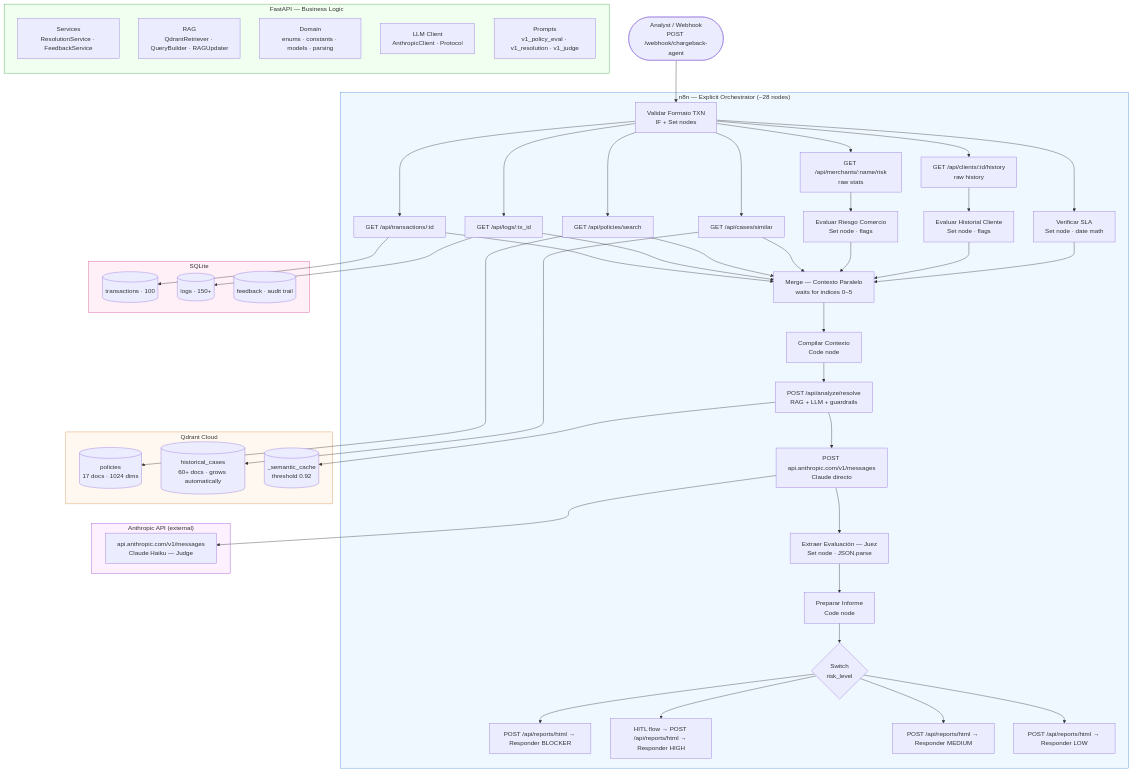
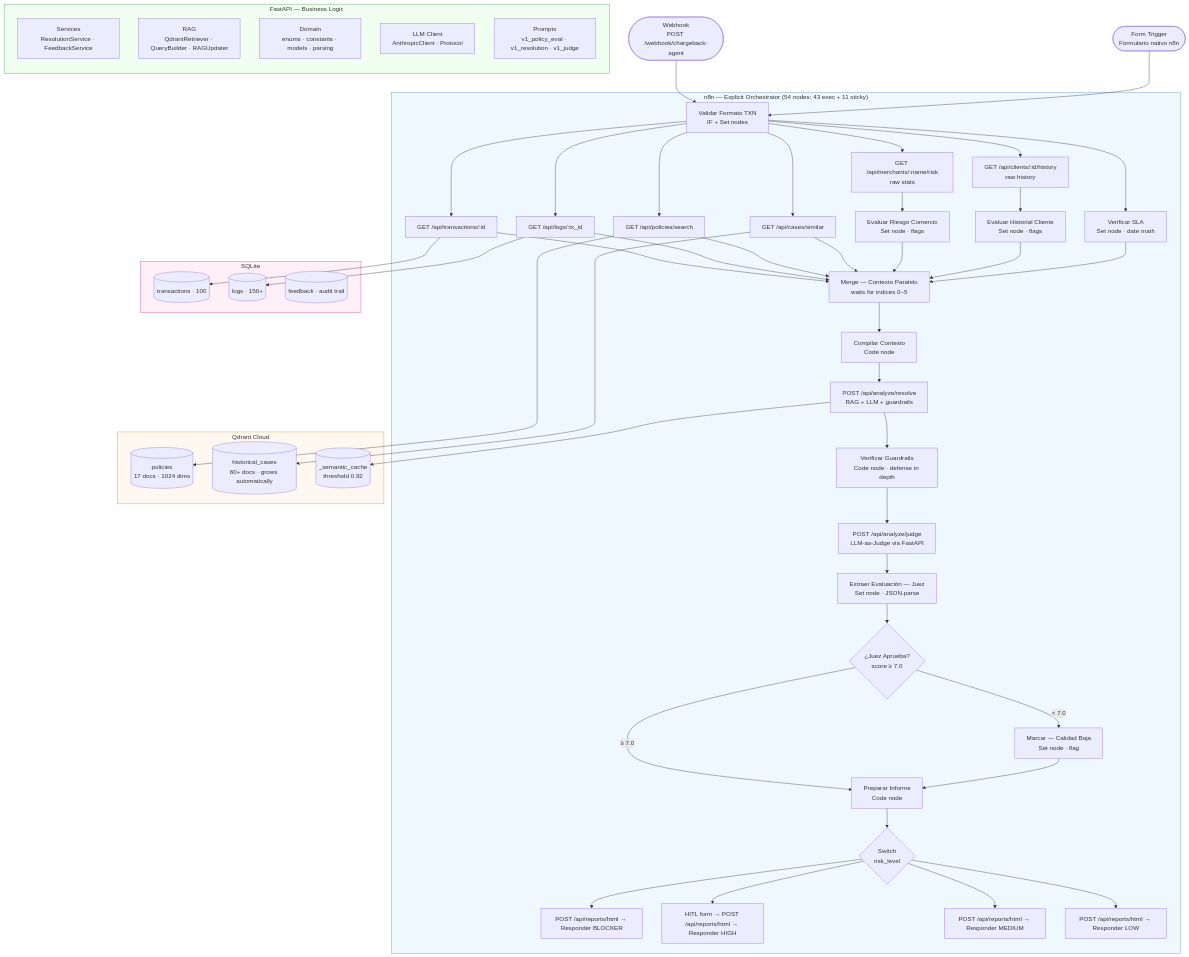
One commit to federicomoroz/ciri-api-aux-sourcecode changed the diagram in docs/architecture.md. Above: the diagram before and after it, drawn with Mermaid. The commit also changed other lines of this file and 8 other files, not shown here.

First line of the commit message:
feat: n8n native nodes (Form Trigger, HITL form, Error Trigger) + panel redesign

````diff
--- a/docs/architecture.md
+++ b/docs/architecture.md
@@ -100,75 +116,75 @@
 ```mermaid
 flowchart TD
-    WEBHOOK([Analyst / Webhook\nPOST /webhook/chargeback-agent]) --> VALIDATE
+    WEBHOOK([Webhook\nPOST /webhook/chargeback-agent]) --> VALIDATE
+    FORM([Form Trigger\nFormulario nativo n8n]) --> VALIDATE
 
-    subgraph N8N ["n8n — Explicit Orchestrator (~28 nodes)"]
+    subgraph N8N ["n8n — Explicit Orchestrator (54 nodes: 43 exec + 11 sticky)"]
         VALIDATE[Validar Formato TXN\nIF + Set nodes]
         GET_TX[GET /api/transactions/:id]
         GET_LOGS[GET /api/logs/:tx_id]
         SEARCH_POL[GET /api/policies/search]
         SEARCH_CASES[GET /api/cases/similar]
         MERCHANT[GET /api/merchants/:name/risk\nraw stats]
         EVAL_M[Evaluar Riesgo Comercio\nSet node · flags]
         CLIENT[GET /api/clients/:id/history\nraw history]
         EVAL_C[Evaluar Historial Cliente\nSet node · flags]
         SLA[Verificar SLA\nSet node · date math]
         MERGE[Merge — Contexto Paralelo\nwaits for indices 0–5]
         COMPILE[Compilar Contexto\nCode node]
         RESOLVE[POST /api/analyze/resolve\nRAG + LLM + guardrails]
-        JUDGE[POST api.anthropic.com/v1/messages\nClaude directo]
+        GUARDRAILS[Verificar Guardrails\nCode node · defense in depth]
+        JUDGE[POST /api/analyze/judge\nLLM-as-Judge via FastAPI]
         EXTRACT[Extraer Evaluación — Juez\nSet node · JSON.parse]
+        JUDGE_GATE{"¿Juez Aprueba?\nscore ≥ 7.0"}
+        LOW_Q[Marcar — Calidad Baja\nSet node · flag]
         PREPARE[Preparar Informe\nCode node]
         SWITCH{Switch\nrisk_level}
         REPORT_B[POST /api/reports/html → Responder BLOCKER]
-        REPORT_H[HITL flow → POST /api/reports/html → Responder HIGH]
+        REPORT_H[HITL form → POST /api/reports/html → Responder HIGH]
         REPORT_M[POST /api/reports/html → Responder MEDIUM]
         REPORT_L[POST /api/reports/html → Responder LOW]
     end
 
     subgraph FASTAPI ["FastAPI — Business Logic"]
         direction TB
         SERVICES[Services\nResolutionService · FeedbackService]
         RAG_LAYER[RAG\nQdrantRetriever · QueryBuilder · RAGUpdater]
         DOMAIN[Domain\nenums · constants · models · parsing]
         LLM_CLIENT[LLM Client\nAnthropicClient · Protocol]
         PROMPTS[Prompts\nv1_policy_eval · v1_resolution · v1_judge]
     end
 
     subgraph VECTOR ["Qdrant Cloud"]
         Q_POL[(policies\n17 docs · 1024 dims)]
         Q_CASES[(historical_cases\n60+ docs · grows automatically)]
         Q_CACHE[(_semantic_cache\nthreshold 0.92)]
     end
 
     subgraph DB ["SQLite"]
         DB_TX[(transactions · 100)]
         DB_LOGS[(logs · 150+)]
         DB_FEEDBACK[(feedback · audit trail)]
     end
 
-    subgraph ANTHROPIC ["Anthropic API (external)"]
-        ANT[api.anthropic.com/v1/messages\nClaude Haiku — Judge]
-    end
-
     VALIDATE --> GET_TX & GET_LOGS & SEARCH_POL & SEARCH_CASES & MERCHANT & CLIENT & SLA
     MERCHANT --> EVAL_M
     CLIENT --> EVAL_C
     GET_TX & GET_LOGS & SEARCH_POL & SEARCH_CASES & EVAL_M & EVAL_C & SLA --> MERGE
-    MERGE --> COMPILE --> RESOLVE --> JUDGE --> EXTRACT --> PREPARE --> SWITCH
+    MERGE --> COMPILE --> RESOLVE --> GUARDRAILS --> JUDGE --> EXTRACT --> JUDGE_GATE
+    JUDGE_GATE -->|"≥ 7.0"| PREPARE
+    JUDGE_GATE -->|"< 7.0"| LOW_Q --> PREPARE
+    PREPARE --> SWITCH
     SWITCH --> REPORT_B & REPORT_H & REPORT_M & REPORT_L
 
     SEARCH_POL --> Q_POL
     SEARCH_CASES --> Q_CASES
     RESOLVE --> Q_CACHE
 
     GET_TX --> DB_TX
     GET_LOGS --> DB_LOGS
 
-    JUDGE --> ANT
-
     style N8N fill:#f0f8ff,stroke:#4a90d9
     style FASTAPI fill:#f0fff0,stroke:#4a9d4a
     style VECTOR fill:#fff8f0,stroke:#d9904a
     style DB fill:#fff0f8,stroke:#d94a90
-    style ANTHROPIC fill:#fdf0ff,stroke:#9d4ad9
 ```
````
